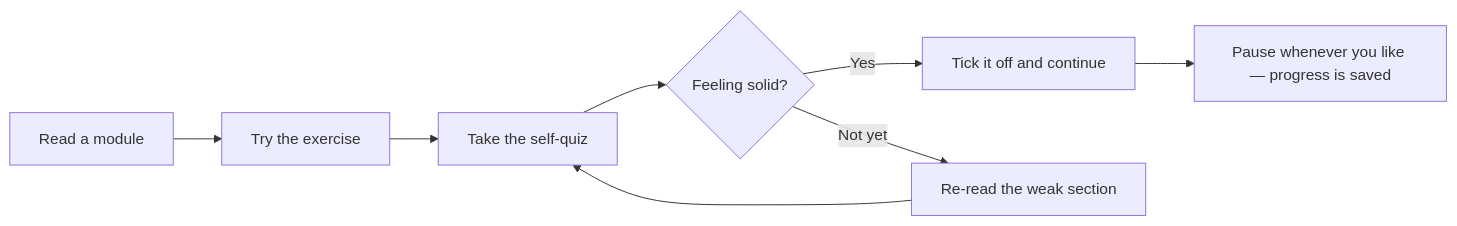
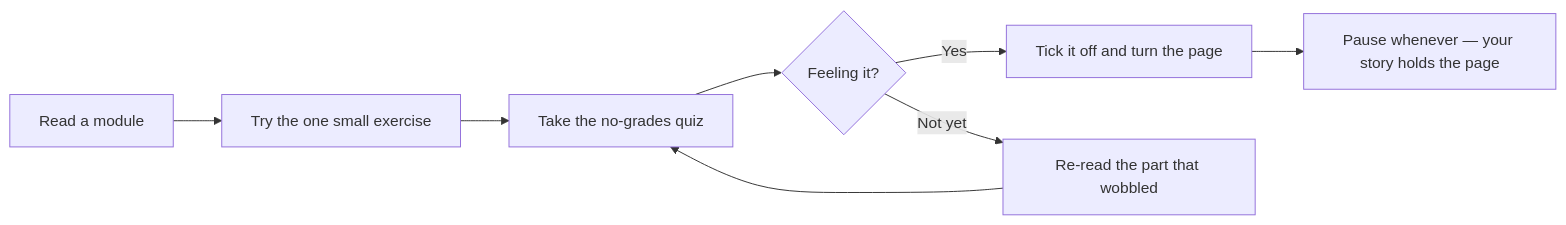
One commit to bv-ai-kit/kv-reviewer changed the second of 2 diagrams in README.md. Above: the diagram before and after it, drawn with Mermaid. The commit also changed other lines of this file and 23 other files, not shown here.

````diff
--- a/README.md
+++ b/README.md
@@ -145,10 +145,10 @@
 ```mermaid
 flowchart LR
-    A["Read a module"] --> B["Try the exercise"]
-    B --> C["Take the self-quiz"]
-    C --> D{"Feeling solid?"}
-    D -->|"Yes"| E["Tick it off and continue"]
-    D -->|"Not yet"| F["Re-read the weak section"]
+    A["Read a module"] --> B["Try the one small exercise"]
+    B --> C["Take the no-grades quiz"]
+    C --> D{"Feeling it?"}
+    D -->|"Yes"| E["Tick it off and turn the page"]
+    D -->|"Not yet"| F["Re-read the part that wobbled"]
     F --> C
-    E --> G["Pause whenever you like — progress is saved"]
+    E --> G["Pause whenever — your story holds the page"]
 ```
````
